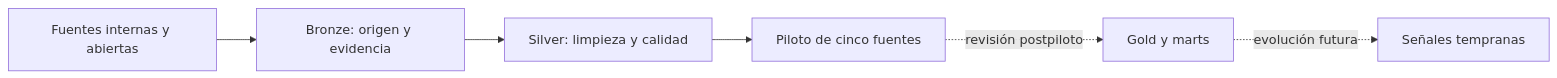
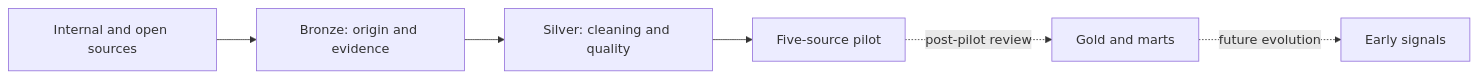
One commit to wmg2506/niger-anticipatory-action-portfolio changed the diagram in README.md. Above: the diagram before and after it, drawn with Mermaid. The commit also changed other lines of this file, not shown here.

````diff
--- a/README.md
+++ b/README.md
@@ -99,8 +103,8 @@
 ```mermaid
 flowchart LR
-    A["Fuentes internas y abiertas"] --> B["Bronze: origen y evidencia"]
-    B --> C["Silver: limpieza y calidad"]
-    C --> D["Piloto de cinco fuentes"]
-    D -. revisión postpiloto .-> E["Gold y marts"]
-    E -. evolución futura .-> F["Señales tempranas"]
+    A["Internal and open sources"] --> B["Bronze: origin and evidence"]
+    B --> C["Silver: cleaning and quality"]
+    C --> D["Five-source pilot"]
+    D -. post-pilot review .-> E["Gold and marts"]
+    E -. future evolution .-> F["Early signals"]
 ```
````
